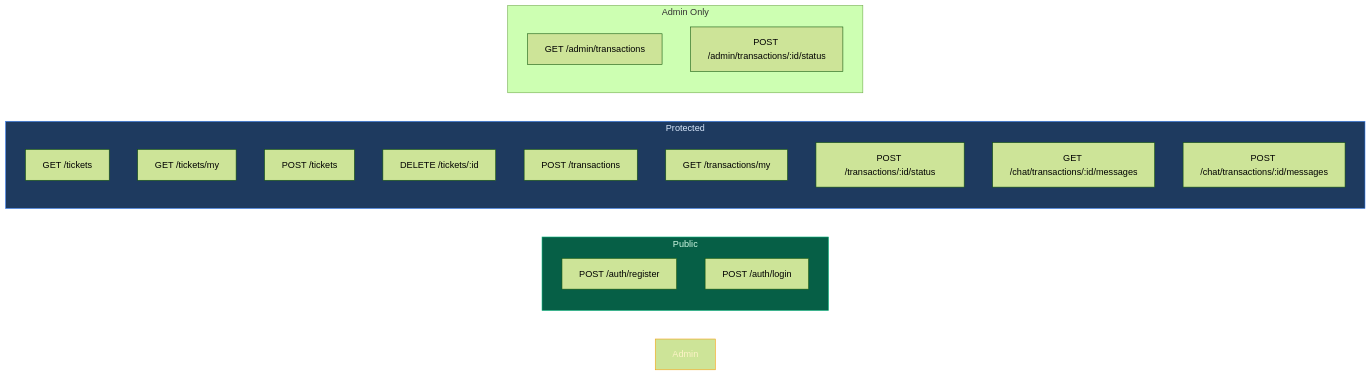
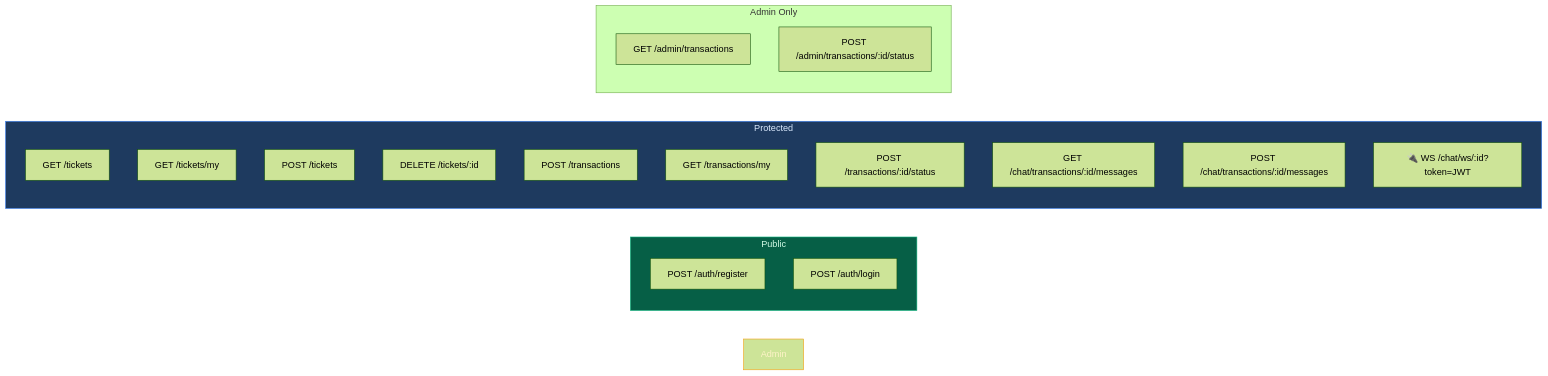
One commit to frame-set-hub/ticket-exchange changed the eighth of 8 diagrams in README.md. Above: the diagram before and after it, drawn with Mermaid (forest theme). The commit also changed other lines of this file and 11 other files, not shown here.

````diff
--- a/README.md
+++ b/README.md
@@ -298,28 +335,29 @@
 ```mermaid
 graph LR
     subgraph Public
         A1["POST /auth/register"]
         A2["POST /auth/login"]
     end
 
     subgraph Protected
         T1["GET /tickets"]
         T2["GET /tickets/my"]
         T3["POST /tickets"]
         T4["DELETE /tickets/:id"]
         TX1["POST /transactions"]
         TX2["GET /transactions/my"]
         TX3["POST /transactions/:id/status"]
         C1["GET /chat/transactions/:id/messages"]
         C2["POST /chat/transactions/:id/messages"]
+        C3["🔌 WS /chat/ws/:id?token=JWT"]
     end
 
     subgraph Admin Only
         AD1["GET /admin/transactions"]
         AD2["POST /admin/transactions/:id/status"]
     end
 
     style Public fill:#065f46,stroke:#10b981,color:#d1fae5
     style Protected fill:#1e3a5f,stroke:#3b82f6,color:#dbeafe
     style Admin Only fill:#78350f,stroke:#f59e0b,color:#fef3c7
 ```
````
